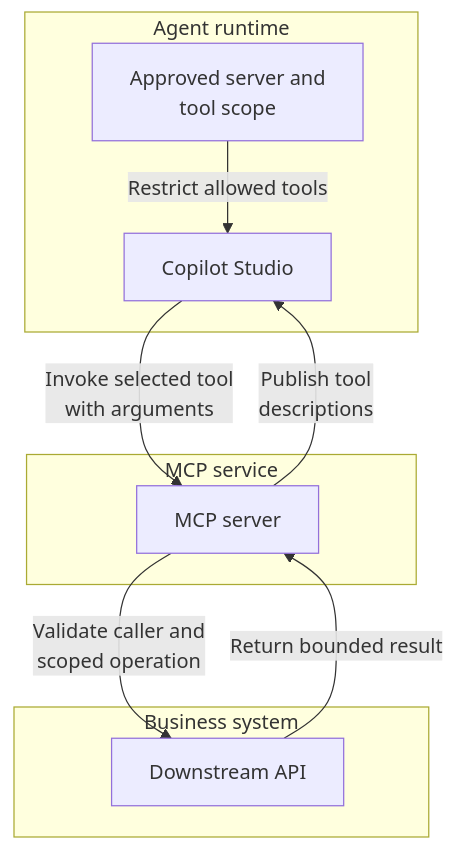
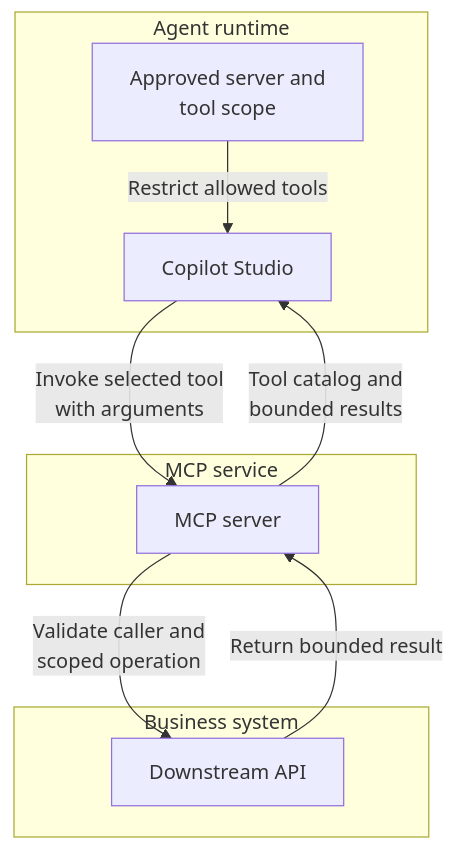
Before and after one commit to abhishek-ai-enabler/copilotstudio-architecture-patterns: the first of 2 diagrams in technical-patterns/mcp-tools.md, drawn with Mermaid. The commit also changed 41 other files, not shown here.

First line of the commit message:
Review diagrams: add return paths and fix flow accuracy

````diff
--- a/technical-patterns/mcp-tools.md
+++ b/technical-patterns/mcp-tools.md
@@ -7,20 +7,20 @@
 ```mermaid
 flowchart TB
     accTitle: Discover centrally managed tools from an MCP server - architecture
     accDescr: The server can change its catalog without an agent release. Approve what the agent may invoke independently of what the server advertises.
     subgraph group0["Agent runtime"]
         A["Copilot Studio"]
         P["Approved server and<br/>tool scope"]
     end
     subgraph group2["MCP service"]
         M["MCP server"]
     end
     subgraph group3["Business system"]
         B["Downstream API"]
     end
     P -->|"Restrict allowed tools"| A
-    M -->|"Publish tool<br/>descriptions"| A
+    M -->|"Tool catalog and<br/>bounded results"| A
     A -->|"Invoke selected tool<br/>with arguments"| M
     M -->|"Validate caller and<br/>scoped operation"| B
     B -->|"Return bounded result"| M
 ```
````
